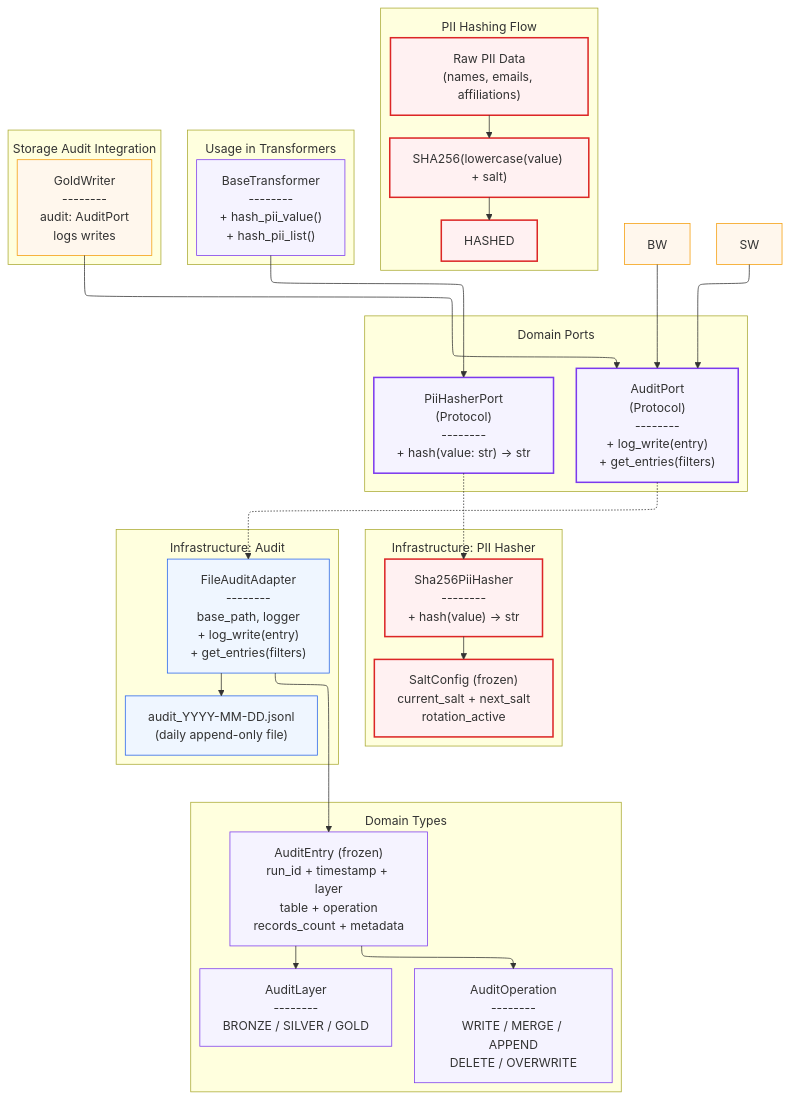
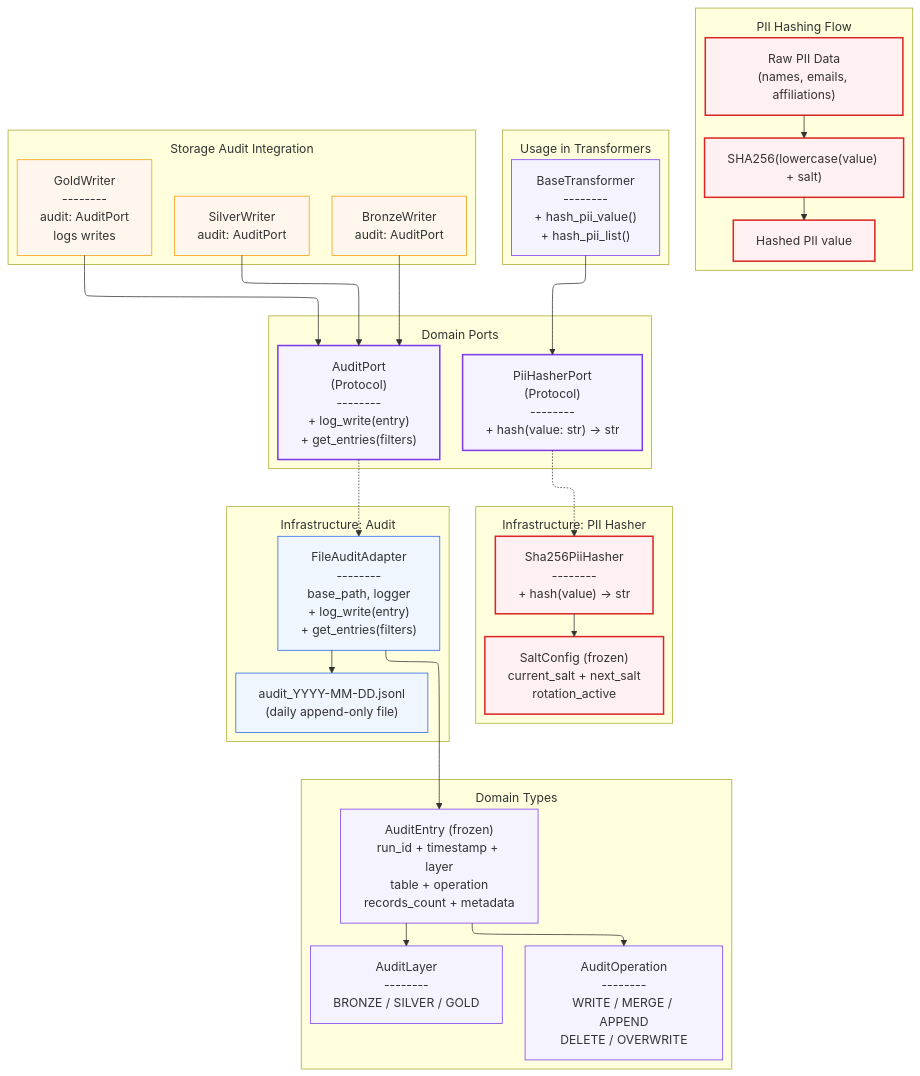
Before and after one commit to SatoryKono/BioactivityDataAcquisition: the diagram in docs/02-architecture/diagrams/architecture/17-security-pii-audit.mmd, drawn with Mermaid. The commit also changed 46 other files, not shown here.

First line of the commit message:
fix: align NDA P2 docs, diagrams, mapper Port, and Prometheus settings

```diff
--- a/docs/02-architecture/diagrams/architecture/17-security-pii-audit.mmd
+++ b/docs/02-architecture/diagrams/architecture/17-security-pii-audit.mmd
@@ -1,90 +1,93 @@
 %% BioETL — Security, PII Hashing, and Audit Trail
 %% Shows how PII is handled and audit trail is maintained.
 
 %% @version 1.0.0
 %% @date    2026-07-31
 %% @type    flowchart
 %% @level   System / Component
 %% @nodes   16
 %% @allow-polyline-routing
 %% @uniform width=312 height=216 max_title_len=31 max_desc_lines=10
 
 %%{init: {
   'flowchart': {
     'subGraphTitleMargin': { 'top': 12, 'bottom': 12 }
   },
   'layout': 'elk',
   'elk': {
     'mergeEdges': true,
     'nodePlacementStrategy': 'BRANDES_KOEPF',
     'edgeRouting': 'ORTHOGONAL'
   }
 }}%%
 graph TB
     subgraph Ports["Domain Ports"]
         PHP["PiiHasherPort<br/>(Protocol)<br/>--------<br/>+ hash(value: str) -> str"]:::size-md
         AP["AuditPort<br/>(Protocol)<br/>--------<br/>+ log_write(entry)<br/>+ get_entries(filters)"]:::size-md
     end
 
     subgraph DomainTypes["Domain Types"]
         AE["AuditEntry (frozen)<br/>run_id + timestamp + layer<br/>table + operation<br/>records_count + metadata"]:::size-md
         AL["AuditLayer<br/>--------<br/>BRONZE / SILVER / GOLD"]:::size-sm
         AO["AuditOperation<br/>--------<br/>WRITE / MERGE / APPEND<br/>DELETE / OVERWRITE"]:::size-sm
     end
 
     subgraph PIIFlow["PII Hashing Flow"]
         RAW_PII["Raw PII Data<br/>(names, emails, affiliations)"]:::size-md
         HASH_FN["SHA256(lowercase(value) + salt)"]:::size-sm
+        HASHED["Hashed PII value"]:::size-sm
         RAW_PII --> HASH_FN --> HASHED
     end
 
     subgraph InfraPII["Infrastructure: PII Hasher"]
         SPH["Sha256PiiHasher<br/>--------<br/>+ hash(value) -> str"]:::size-md
         SC["SaltConfig (frozen)<br/>current_salt + next_salt<br/>rotation_active"]:::size-md
     end
 
     subgraph InfraAudit["Infrastructure: Audit"]
         FAA["FileAuditAdapter<br/>--------<br/>base_path, logger<br/>+ log_write(entry)<br/>+ get_entries(filters)"]:::size-md
         JSONL["audit_YYYY-MM-DD.jsonl<br/>(daily append-only file)"]:::size-sm
     end
 
     subgraph Usage["Usage in Transformers"]
         BT["BaseTransformer<br/>--------<br/>+ hash_pii_value()<br/>+ hash_pii_list()"]:::size-md
     end
 
     subgraph StorageAudit["Storage Audit Integration"]
+        BW["BronzeWriter<br/>audit: AuditPort"]:::size-md
+        SW["SilverWriter<br/>audit: AuditPort"]:::size-md
         GW["GoldWriter<br/>--------<br/>audit: AuditPort<br/>logs writes"]:::size-md
     end
 
     %% Port implementations
     PHP -.-> SPH
     AP -.-> FAA
 
     %% PII composition
     SPH --> SC
 
     %% Audit storage
     FAA --> JSONL
 
     %% Usage
     BT --> PHP
     BW & SW & GW --> AP
 
     %% Domain types
     FAA --> AE
     AE --> AL
     AE --> AO
 
     classDef port fill:#f5f3ff,stroke:#7c3aed,stroke-width:2px
     classDef domain fill:#f5f3ff,stroke:#7c3aed
     classDef pii fill:#fff1f2,stroke:#dc2626,stroke-width:2px
     classDef audit fill:#eff6ff,stroke:#2563eb
     classDef storage fill:#fff7ed,stroke:#f59e0b
     classDef usage fill:#f5f3ff,stroke:#7c3aed
 
     class PHP,AP port
     class AE,AL,AO domain
     class RAW_PII,HASH_FN,HASHED,SPH,SC pii
     class FAA,JSONL audit
     class BW,SW,GW storage
     class BT usage
```
